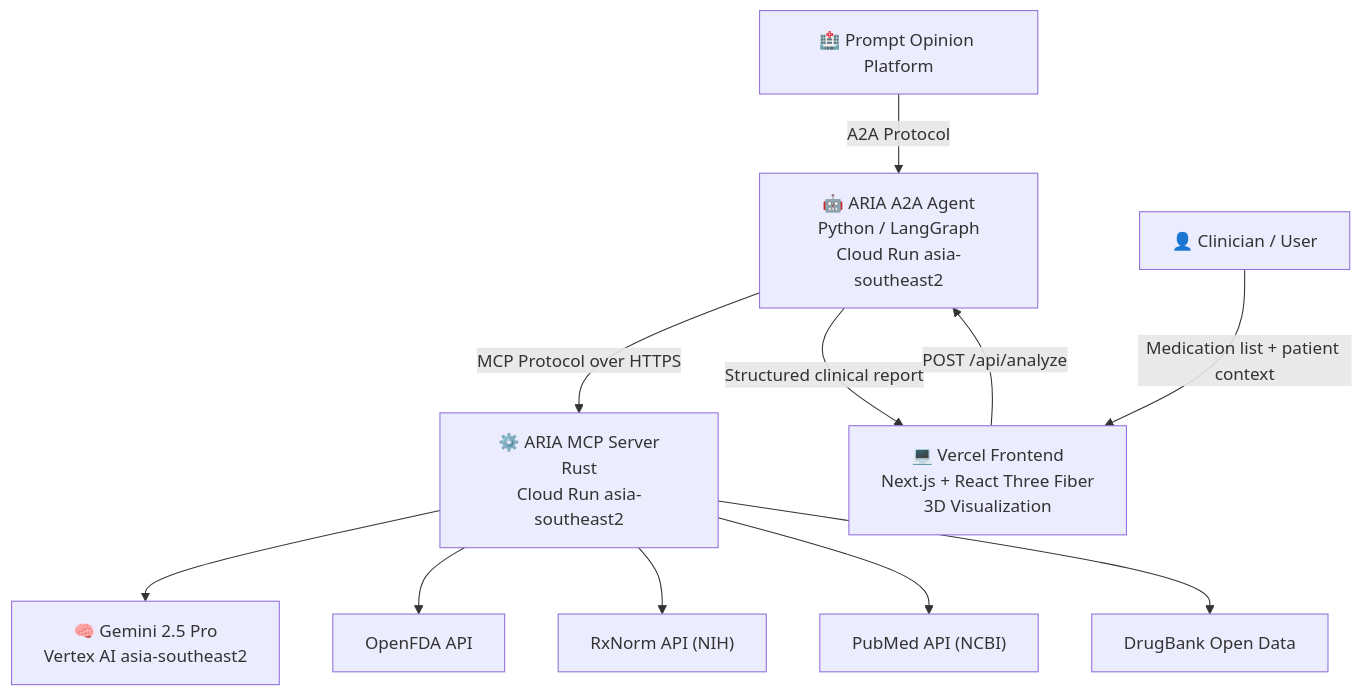
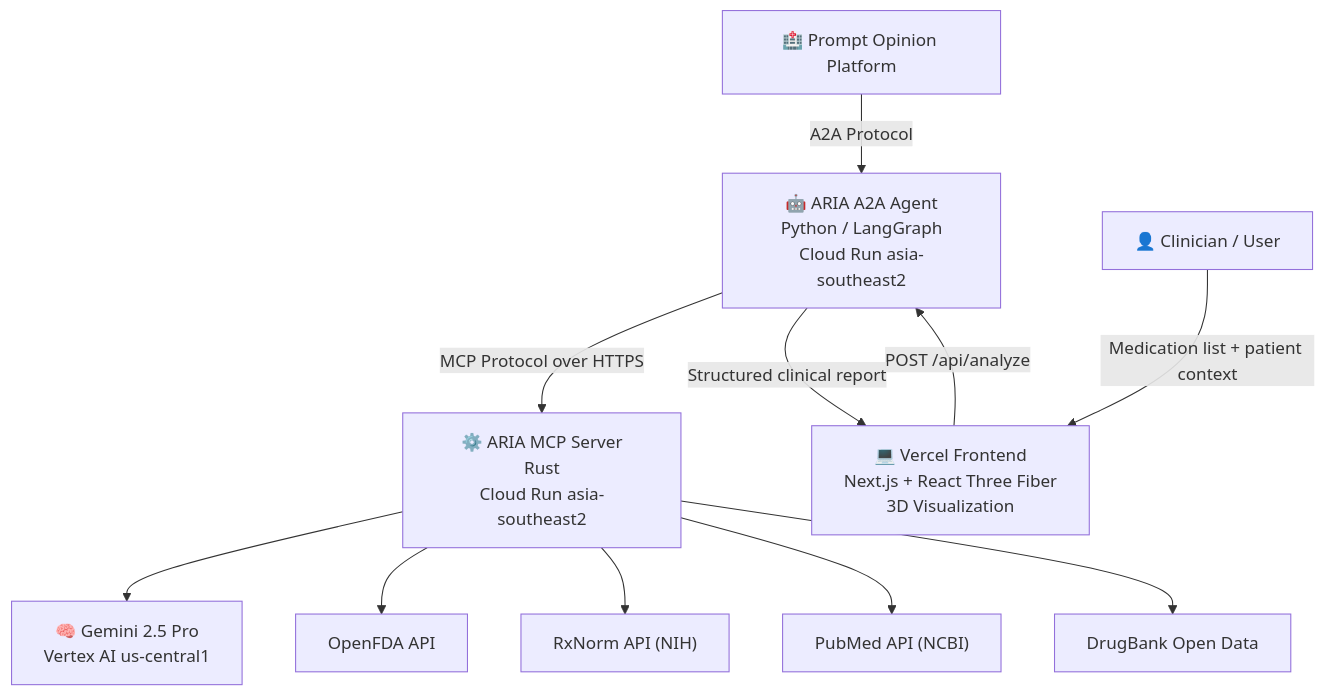
Before and after one commit to wiqilee/ARIA: the first of 5 diagrams in README.md, drawn with Mermaid. The commit also changed other lines of this file and 1 other file, not shown here.

Commit message:
fix(infra): route Vertex AI calls to us-central1 (Gemini 2.5 Pro not in asia-southeast2)

````diff
--- a/README.md
+++ b/README.md
@@ -209,24 +212,24 @@
 ```mermaid
 graph TD
     PO["🏥 Prompt Opinion Platform"]
     AGENT["🤖 ARIA A2A Agent\nPython / LangGraph\nCloud Run asia-southeast2"]
     MCP["⚙️ ARIA MCP Server\nRust\nCloud Run asia-southeast2"]
-    LLM["🧠 Gemini 2.5 Pro\nVertex AI asia-southeast2"]
+    LLM["🧠 Gemini 2.5 Pro\nVertex AI us-central1"]
     OPENFDA["OpenFDA API"]
     RXNORM["RxNorm API (NIH)"]
     PUBMED["PubMed API (NCBI)"]
     DRUGBANK["DrugBank Open Data"]
     FRONTEND["💻 Vercel Frontend\nNext.js + React Three Fiber\n3D Visualization"]
     USER["👤 Clinician / User"]
 
     USER -->|"Medication list + patient context"| FRONTEND
     FRONTEND -->|"POST /api/analyze"| AGENT
     PO -->|"A2A Protocol"| AGENT
     AGENT -->|"MCP Protocol over HTTPS"| MCP
     MCP --> LLM
     MCP --> OPENFDA
     MCP --> RXNORM
     MCP --> PUBMED
     MCP --> DRUGBANK
     AGENT -->|"Structured clinical report"| FRONTEND
 ```
````
